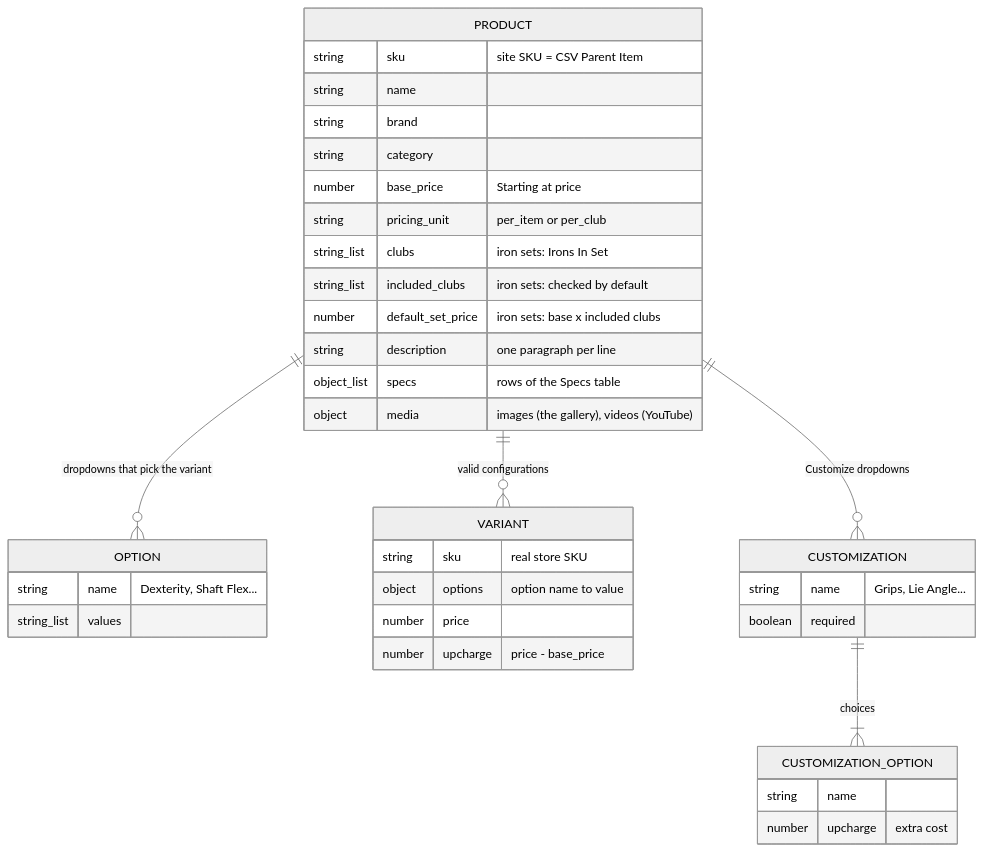
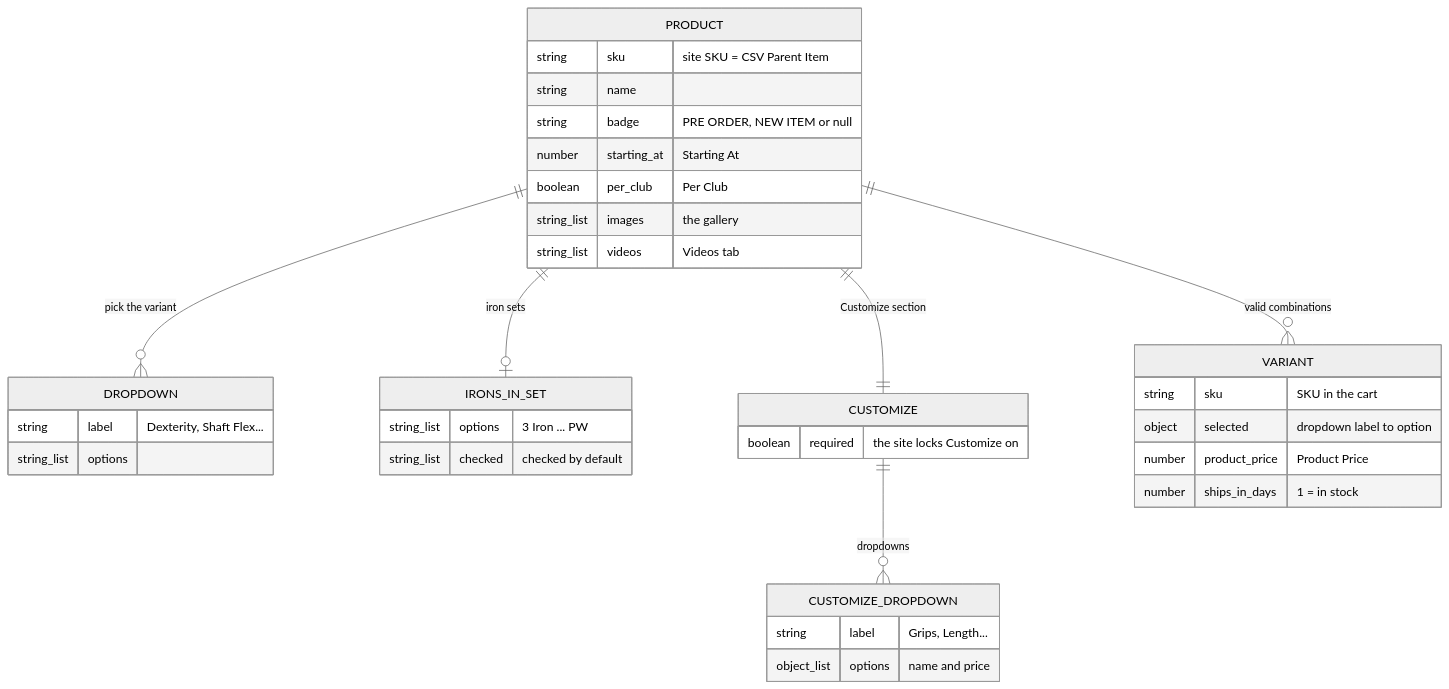
One commit to RLFreddy/retail-acquisition-engine changed the first of 4 diagrams in DOCUMENTATION.md. Above: the diagram before and after it, drawn with Mermaid (neutral theme). The commit also changed other lines of this file and 6 other files, not shown here.

````diff
--- a/DOCUMENTATION.md
+++ b/DOCUMENTATION.md
@@ -20,39 +36,38 @@
 ```mermaid
 erDiagram
-    PRODUCT ||--o{ OPTION : "dropdowns that pick the variant"
-    PRODUCT ||--o{ VARIANT : "valid configurations"
-    PRODUCT ||--o{ CUSTOMIZATION : "Customize dropdowns"
-    CUSTOMIZATION ||--|{ CUSTOMIZATION_OPTION : "choices"
+    PRODUCT ||--o{ DROPDOWN : "pick the variant"
+    PRODUCT ||--o| IRONS_IN_SET : "iron sets"
+    PRODUCT ||--|| CUSTOMIZE : "Customize section"
+    CUSTOMIZE ||--o{ CUSTOMIZE_DROPDOWN : "dropdowns"
+    PRODUCT ||--o{ VARIANT : "valid combinations"
     PRODUCT {
         string sku "site SKU = CSV Parent Item"
         string name
-        string brand
-        string category
-        number base_price "Starting at price"
-        string pricing_unit "per_item or per_club"
-        string_list clubs "iron sets: Irons In Set"
-        string_list included_clubs "iron sets: checked by default"
-        number default_set_price "iron sets: base x included clubs"
-        string description "one paragraph per line"
-        object_list specs "rows of the Specs table"
-        object media "images (the gallery), videos (YouTube)"
+        string badge "PRE ORDER, NEW ITEM or null"
+        number starting_at "Starting At"
+        boolean per_club "Per Club"
+        string_list images "the gallery"
+        string_list videos "Videos tab"
     }
-    OPTION {
-        string name "Dexterity, Shaft Flex..."
-        string_list values
+    DROPDOWN {
+        string label "Dexterity, Shaft Flex..."
+        string_list options
+    }
+    IRONS_IN_SET {
+        string_list options "3 Iron ... PW"
+        string_list checked "checked by default"
+    }
+    CUSTOMIZE {
+        boolean required "the site locks Customize on"
+    }
+    CUSTOMIZE_DROPDOWN {
+        string label "Grips, Length..."
+        object_list options "name and price"
     }
     VARIANT {
-        string sku "real store SKU"
-        object options "option name to value"
-        number price
-        number upcharge "price - base_price"
-    }
-    CUSTOMIZATION {
-        string name "Grips, Lie Angle..."
-        boolean required
-    }
-    CUSTOMIZATION_OPTION {
-        string name
-        number upcharge "extra cost"
+        string sku "SKU in the cart"
+        object selected "dropdown label to option"
+        number product_price "Product Price"
+        number ships_in_days "1 = in stock"
     }
 ```
````
